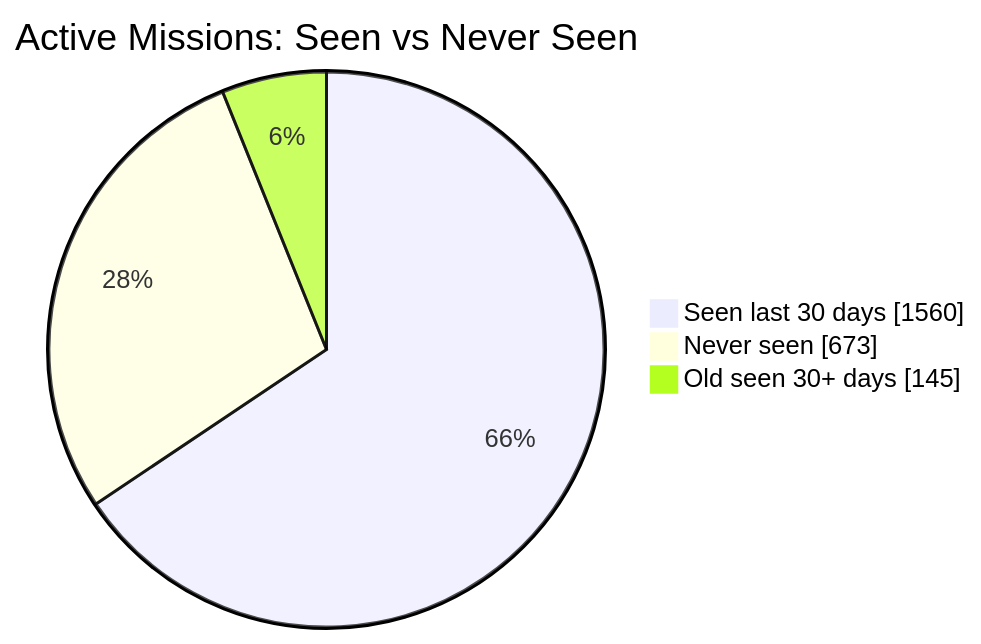
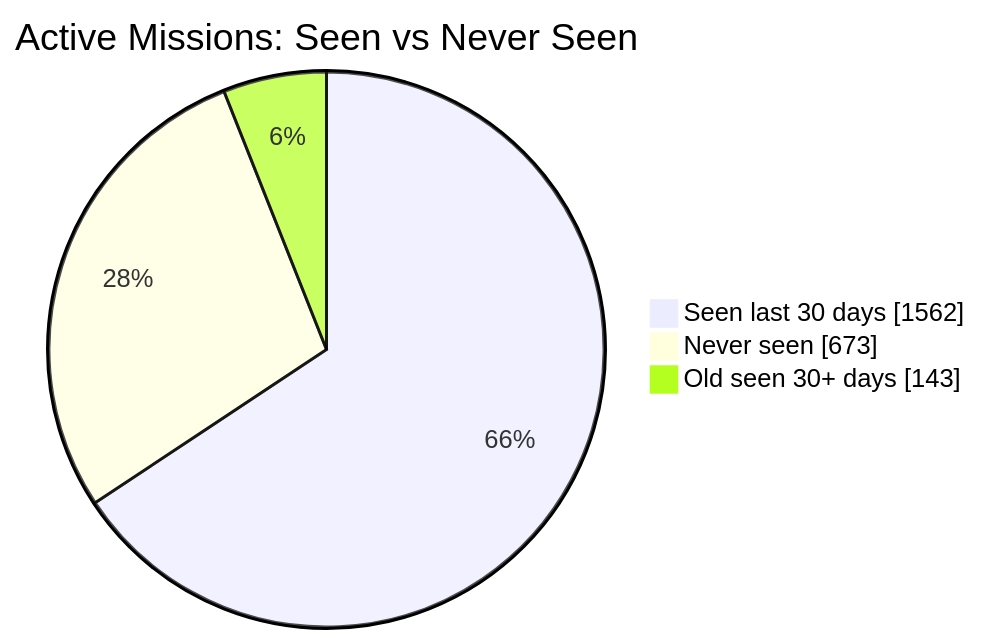
The first of 2 diagrams in README.md (MeldkamerspelGameTeam/active-missions), drawn with Mermaid before and after one commit. The commit also changed other lines of this file and 2 other files, not shown here.

````diff
--- a/README.md
+++ b/README.md
@@ -34,7 +34,7 @@
 ```mermaid
 pie showData
     title Active Missions: Seen vs Never Seen
-    "Seen last 30 days" : 1560
+    "Seen last 30 days" : 1562
     "Never seen" : 673
-    "Old seen 30+ days" : 145
+    "Old seen 30+ days" : 143
 ```
````
